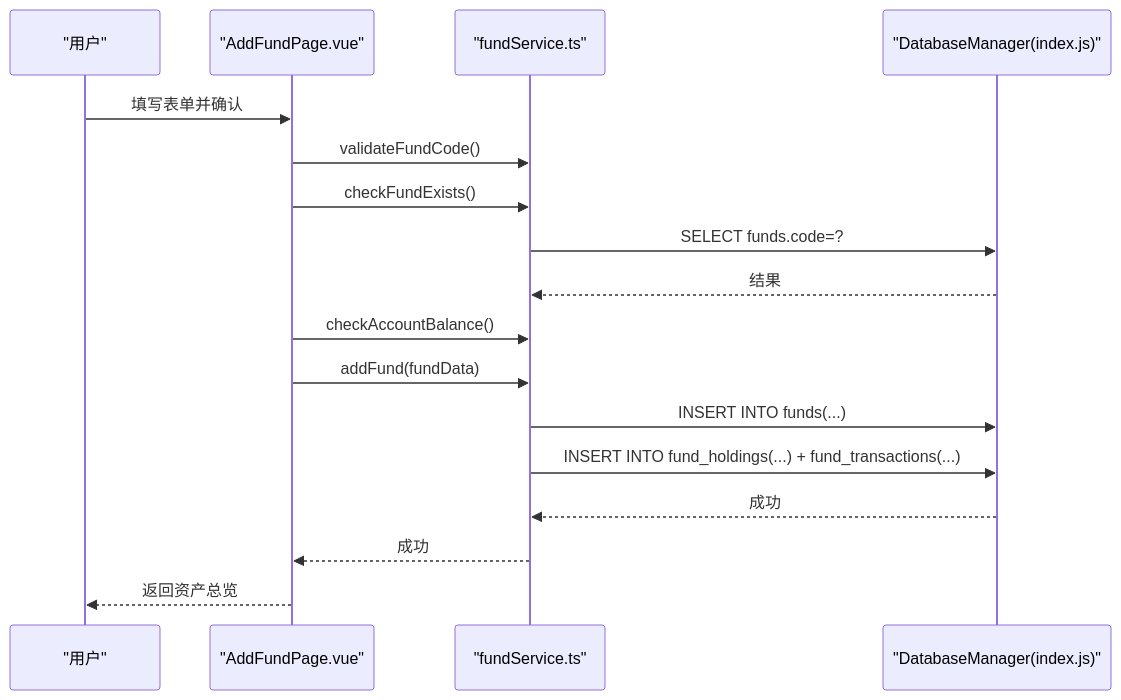
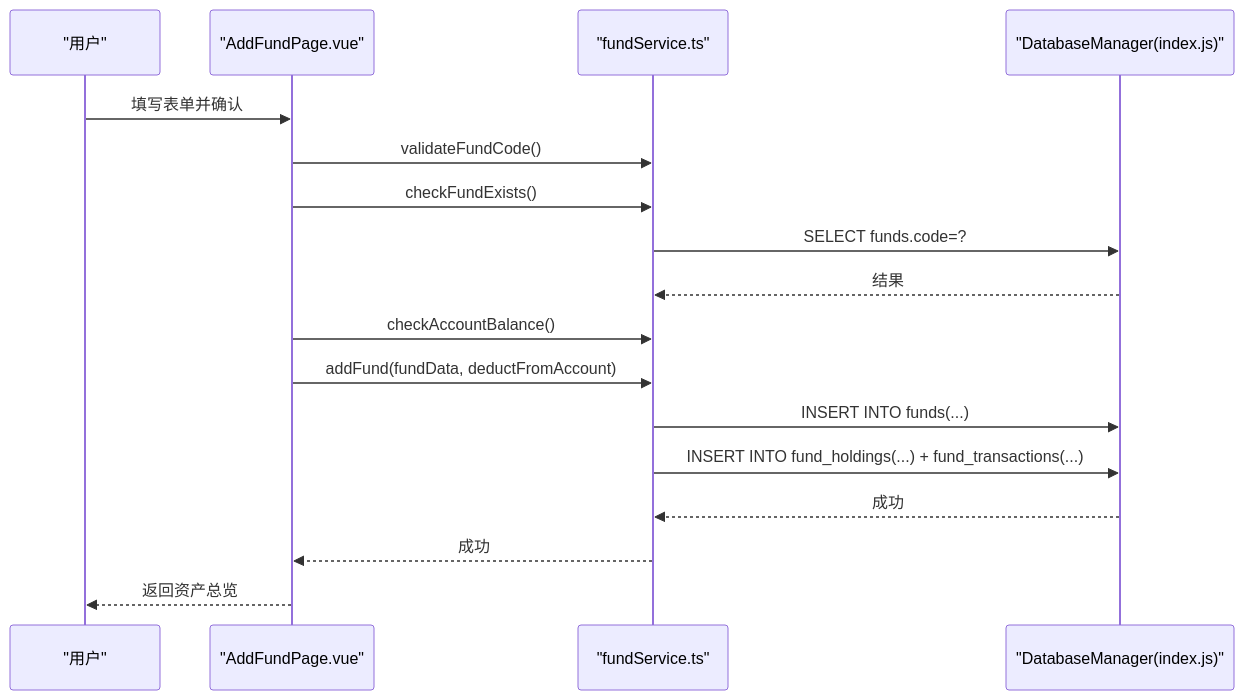
The ninth of 14 diagrams in .qoder/repowiki/zh/content/资产管理/资产管理.md (xiao-lin-unit/yuan), drawn with Mermaid before and after one commit. The commit also changed other lines of this file and 17 other files, not shown here.

````diff
--- a/.qoder/repowiki/zh/content/资产管理/资产管理.md
+++ b/.qoder/repowiki/zh/content/资产管理/资产管理.md
@@ -409,19 +414,19 @@
 ```mermaid
 sequenceDiagram
 participant U as "用户"
 participant AFP as "AddFundPage.vue"
 participant FS as "fundService.ts"
 participant DB as "DatabaseManager(index.js)"
 U->>AFP : 填写表单并确认
 AFP->>FS : validateFundCode()
 AFP->>FS : checkFundExists()
 FS->>DB : SELECT funds.code=?
 DB-->>FS : 结果
 AFP->>FS : checkAccountBalance()
-AFP->>FS : addFund(fundData)
+AFP->>FS : addFund(fundData, deductFromAccount)
 FS->>DB : INSERT INTO funds(...)
 FS->>DB : INSERT INTO fund_holdings(...) + fund_transactions(...)
 DB-->>FS : 成功
 FS-->>AFP : 成功
 AFP-->>U : 返回资产总览
 ```
````
